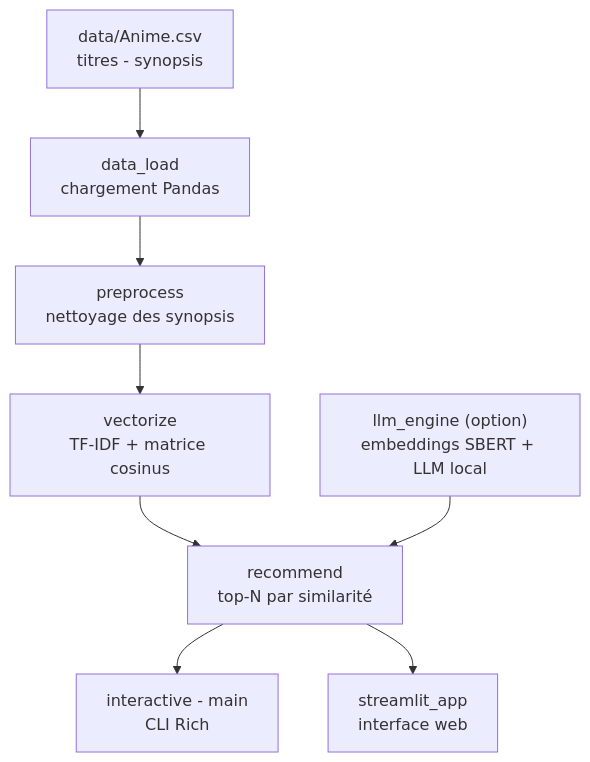
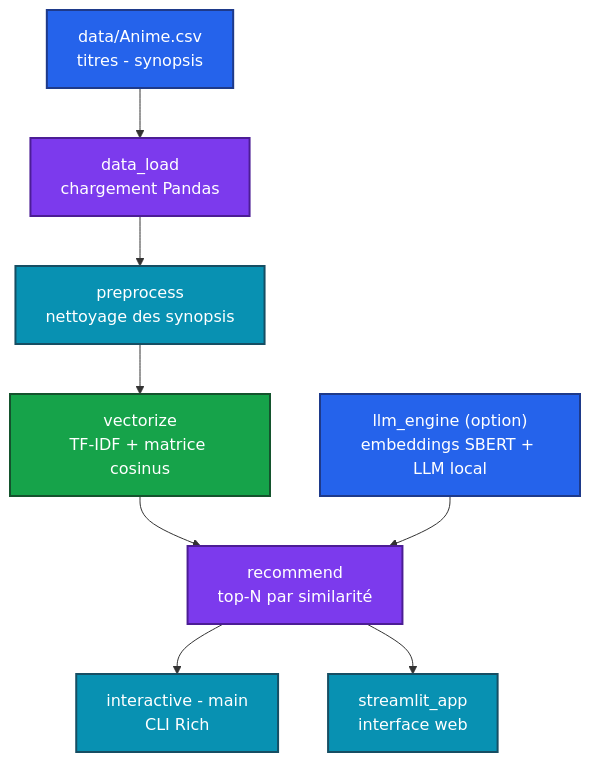
One commit to Adam-Blf/EFREI-NLP-Anime-Recommendation changed the diagram in README.md. Above: the diagram before and after it, drawn with Mermaid.

Commit message:
docs: add colors to mermaid diagrams (#4)
Each node gets a palette class (by subgraph or by flow depth), subgraphs are tinted, non-flowchart diagrams use a colored base theme. Validated by rendering every diagram before and after.

````diff
--- a/README.md
+++ b/README.md
@@ -36,19 +36,28 @@
 ```mermaid
 flowchart TB
     CSV["data/Anime.csv<br/>titres - synopsis"]
     Load["data_load<br/>chargement Pandas"]
     Prep["preprocess<br/>nettoyage des synopsis"]
     Vec["vectorize<br/>TF-IDF + matrice cosinus"]
     Reco["recommend<br/>top-N par similarité"]
     LLM["llm_engine (option)<br/>embeddings SBERT + LLM local"]
     CLI["interactive - main<br/>CLI Rich"]
     Web["streamlit_app<br/>interface web"]
 
     CSV --> Load
     Load --> Prep
     Prep --> Vec
     Vec --> Reco
     Reco --> CLI
     Reco --> Web
     LLM --> Reco
+
+    classDef c0 fill:#2563eb,stroke:#1e3a8a,stroke-width:2px,color:#ffffff
+    classDef c1 fill:#7c3aed,stroke:#4c1d95,stroke-width:2px,color:#ffffff
+    classDef c2 fill:#0891b2,stroke:#164e63,stroke-width:2px,color:#ffffff
+    classDef c3 fill:#16a34a,stroke:#14532d,stroke-width:2px,color:#ffffff
+    class CSV,LLM c0
+    class Load,Reco c1
+    class Prep,CLI,Web c2
+    class Vec c3
 ```
````
